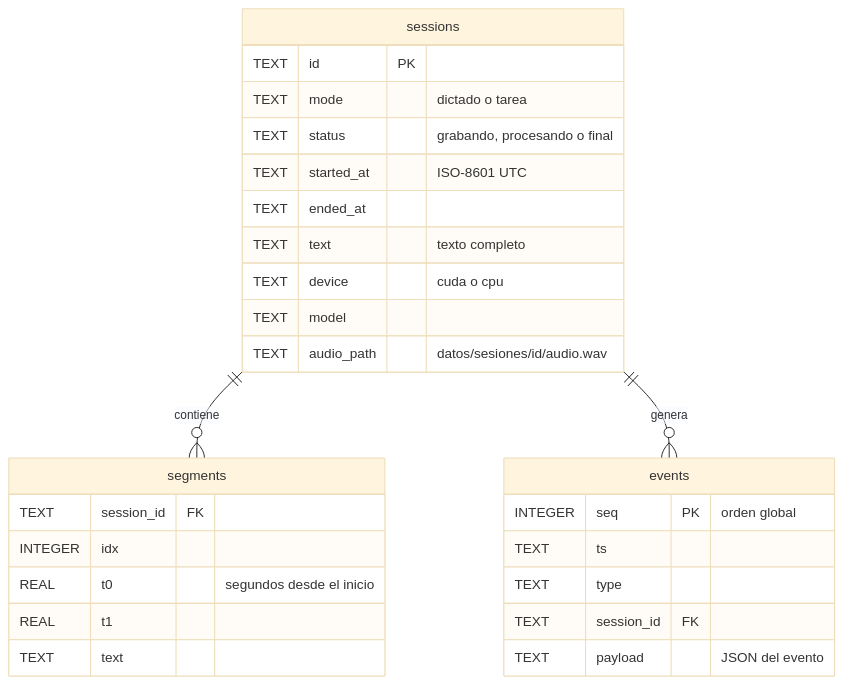
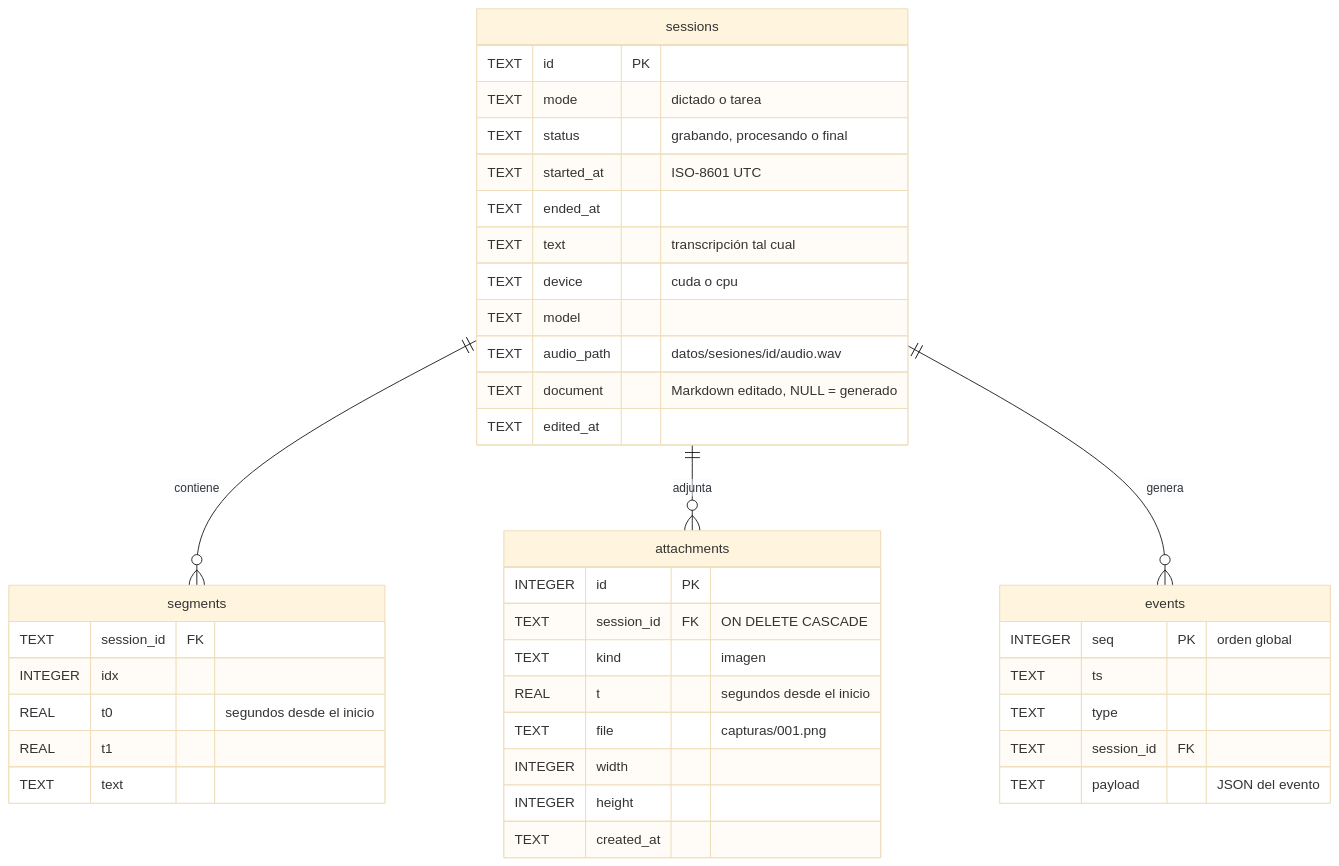
One commit to JeanCarloMacan/Desktop-transcriber changed the sixth of 6 diagrams in docs/ARQUITECTURA.md. Above: the diagram before and after it, drawn with Mermaid (base theme). The commit also changed other lines of this file and 34 other files, not shown here.

````diff
--- a/docs/ARQUITECTURA.md
+++ b/docs/ARQUITECTURA.md
@@ -171,30 +235,43 @@
 ```mermaid
 erDiagram
     sessions ||--o{ segments : contiene
+    sessions ||--o{ attachments : adjunta
     sessions ||--o{ events : genera
     sessions {
         TEXT id PK
         TEXT mode "dictado o tarea"
         TEXT status "grabando, procesando o final"
         TEXT started_at "ISO-8601 UTC"
         TEXT ended_at
-        TEXT text "texto completo"
+        TEXT text "transcripción tal cual"
         TEXT device "cuda o cpu"
         TEXT model
         TEXT audio_path "datos/sesiones/id/audio.wav"
+        TEXT document "Markdown editado, NULL = generado"
+        TEXT edited_at
     }
     segments {
         TEXT session_id FK
         INTEGER idx
         REAL t0 "segundos desde el inicio"
         REAL t1
         TEXT text
+    }
+    attachments {
+        INTEGER id PK
+        TEXT session_id FK "ON DELETE CASCADE"
+        TEXT kind "imagen"
+        REAL t "segundos desde el inicio"
+        TEXT file "capturas/001.png"
+        INTEGER width
+        INTEGER height
+        TEXT created_at
     }
     events {
         INTEGER seq PK "orden global"
         TEXT ts
         TEXT type
         TEXT session_id FK
         TEXT payload "JSON del evento"
     }
 ```
````
